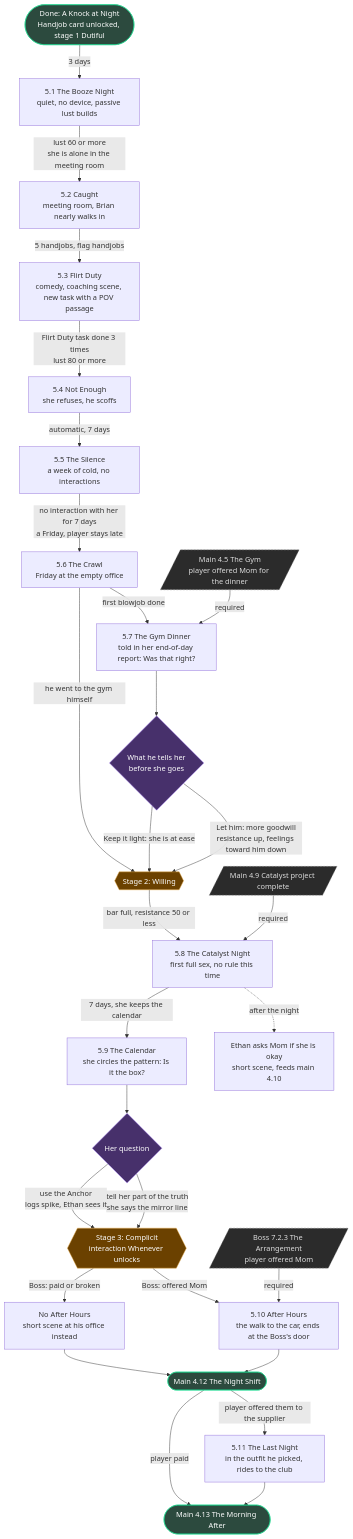
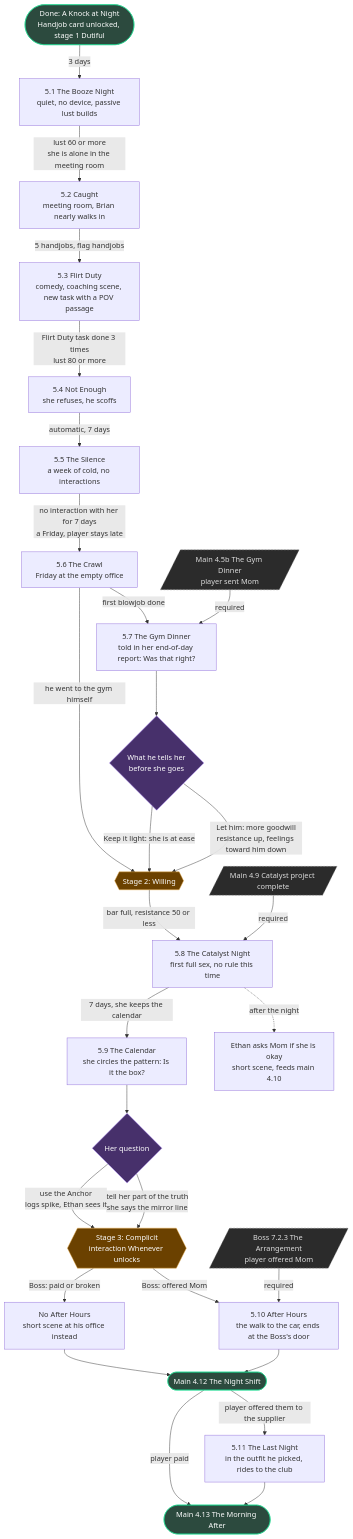
Before and after one commit to MichaelWinsauer/RTR: the second of 9 diagrams in STAGE1_FLOWCHARTS.md, drawn with Mermaid. The commit also changed other lines of this file and 1 other file, not shown here.

````diff
--- a/STAGE1_FLOWCHARTS.md
+++ b/STAGE1_FLOWCHARTS.md
@@ -106,60 +110,60 @@
 ```mermaid
 flowchart TD
   S0(["Done: A Knock at Night<br/>Handjob card unlocked, stage 1 Dutiful"]):::done
 
   A1["5.1 The Booze Night<br/>quiet, no device, passive lust builds"]
   A2["5.2 Caught<br/>meeting room, Brian nearly walks in"]
   A3["5.3 Flirt Duty<br/>comedy, coaching scene, new task with a POV passage"]
   A4["5.4 Not Enough<br/>she refuses, he scoffs"]
   A5["5.5 The Silence<br/>a week of cold, no interactions"]
   A6["5.6 The Crawl<br/>Friday at the empty office"]
-  G0[/"Main 4.5 The Gym<br/>player offered Mom for the dinner"/]:::gate
+  G0[/"Main 4.5b The Gym Dinner<br/>player sent Mom"/]:::gate
   A7["5.7 The Gym Dinner<br/>told in her end-of-day report: Was that right?"]
   D1{"What he tells her<br/>before she goes"}:::choice
   A8H{{"Stage 2: Willing"}}:::milestone
   A8["5.8 The Catalyst Night<br/>first full sex, no rule this time"]
   G1[/"Main 4.9 Catalyst project complete"/]:::gate
   E1["Ethan asks Mom if she is okay<br/>short scene, feeds main 4.10"]
   A9["5.9 The Calendar<br/>she circles the pattern: Is it the box?"]
   D2{"Her question"}:::choice
   A9H{{"Stage 3: Complicit<br/>interaction Whenever unlocks"}}:::milestone
   G2[/"Boss 7.2.3 The Arrangement<br/>player offered Mom"/]:::gate
   A10["5.10 After Hours<br/>the walk to the car, ends at the Boss's door"]
   A10b["No After Hours<br/>short scene at his office instead"]
   M12(["Main 4.12 The Night Shift"]):::done
   A11["5.11 The Last Night<br/>in the outfit he picked, rides to the club"]
   M13(["Main 4.13 The Morning After"]):::done
 
   S0 -->|"3 days"| A1
   A1 -->|"lust 60 or more<br/>she is alone in the meeting room"| A2
   A2 -->|"5 handjobs, flag handjobs"| A3
   A3 -->|"Flirt Duty task done 3 times<br/>lust 80 or more"| A4
   A4 -->|"automatic, 7 days"| A5
   A5 -->|"no interaction with her for 7 days<br/>a Friday, player stays late"| A6
   A6 -->|"first blowjob done"| A7
   G0 -->|"required"| A7
   A6 -->|"he went to the gym himself"| A8H
   A7 --> D1
   D1 -->|"Let him: more goodwill<br/>resistance up, feelings toward him down"| A8H
   D1 -->|"Keep it light: she is at ease"| A8H
   A8H -->|"bar full, resistance 50 or less"| A8
   G1 -->|"required"| A8
   A8 -.->|"after the night"| E1
   A8 -->|"7 days, she keeps the calendar"| A9
   A9 --> D2
   D2 -->|"tell her part of the truth<br/>she says the mirror line"| A9H
   D2 -->|"use the Anchor<br/>logs spike, Ethan sees it"| A9H
   A9H -->|"Boss: offered Mom"| A10
   G2 -->|"required"| A10
   A9H -->|"Boss: paid or broken"| A10b
   A10 --> M12
   A10b --> M12
   M12 -->|"player offered them to the supplier"| A11
   M12 -->|"player paid"| M13
   A11 --> M13
 
   classDef done fill:#2c4a3e,stroke:#1cd88d,color:#fff
   classDef choice fill:#47306b,stroke:#b08bff,color:#fff
   classDef milestone fill:#6b4100,stroke:#EAAF4C,color:#fff
   classDef gate fill:#2b2b2b,stroke:#999,color:#ddd,stroke-dasharray:4 3
 ```
````
